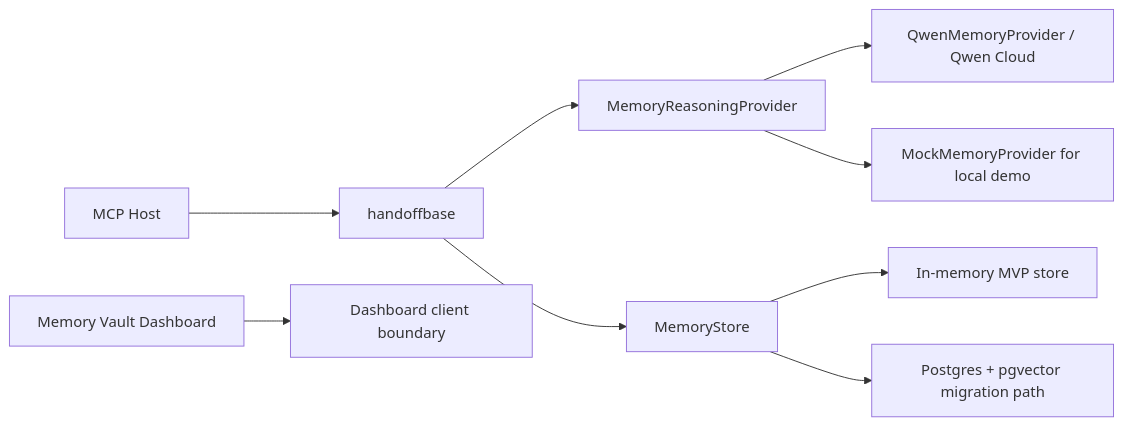
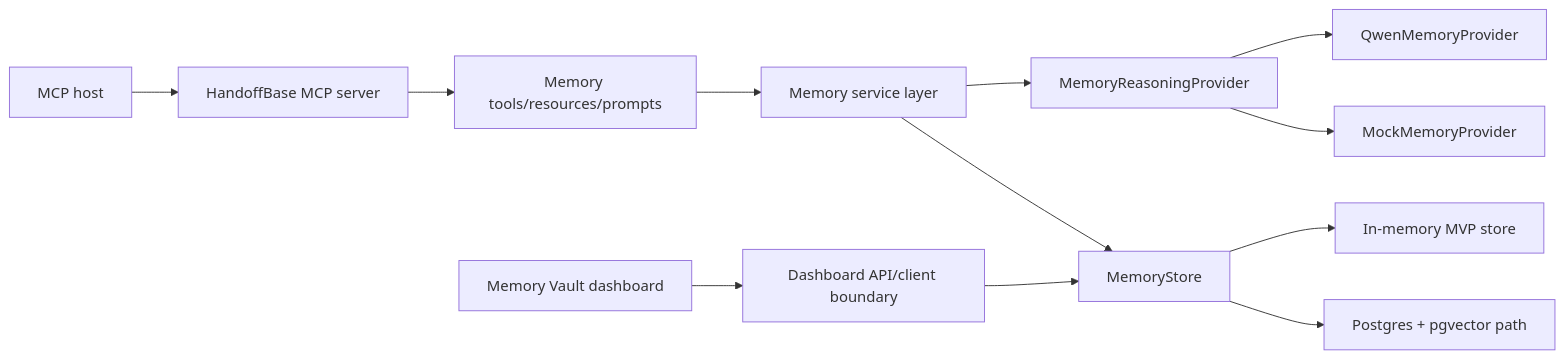
Before and after one commit to jensonChow/handoffbase: the diagram in README.md, drawn with Mermaid. The commit also changed other lines of this file, not shown here.

````diff
--- a/README.md
+++ b/README.md
@@ -241,11 +280,14 @@
 ```mermaid
 flowchart LR
-  Host["MCP Host"] --> Server["handoffbase"]
-  Server --> Provider["MemoryReasoningProvider"]
-  Provider --> Qwen["QwenMemoryProvider / Qwen Cloud"]
-  Provider --> Mock["MockMemoryProvider for local demo"]
-  Server --> Store["MemoryStore"]
-  Store --> Local["In-memory MVP store"]
-  Store --> DB["Postgres + pgvector migration path"]
-  Dashboard["Memory Vault Dashboard"] --> API["Dashboard client boundary"]
+  Host["MCP host"] --> Server["HandoffBase MCP server"]
+  Server --> Tools["Memory tools/resources/prompts"]
+  Tools --> Service["Memory service layer"]
+  Service --> Provider["MemoryReasoningProvider"]
+  Provider --> Qwen["QwenMemoryProvider"]
+  Provider --> Mock["MockMemoryProvider"]
+  Service --> Store["MemoryStore"]
+  Store --> Memory["In-memory MVP store"]
+  Store --> Postgres["Postgres + pgvector path"]
+  Dashboard["Memory Vault dashboard"] --> API["Dashboard API/client boundary"]
+  API --> Store
 ```
````
